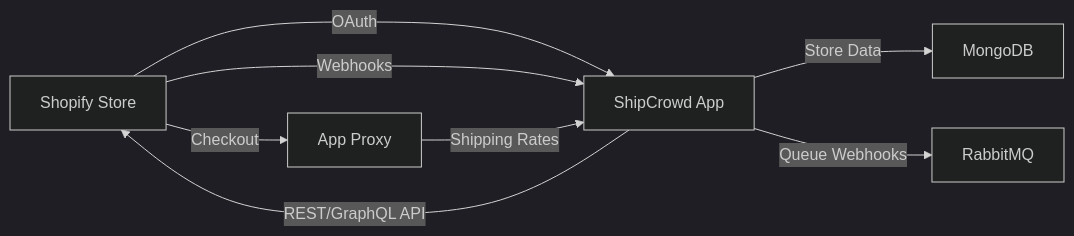
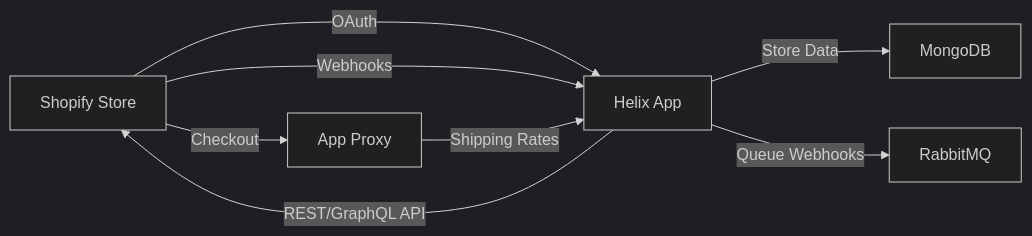
One commit to dhirajgiri3/Shipcrowd changed the first of 3 diagrams in docs/Development/Domains/Integrations/Ecommerce/Shopify_APIs.md. Above: the diagram before and after it, drawn with Mermaid (dark theme). The commit also changed other lines of this file and 279 other files, not shown here.

````diff
--- a/docs/Development/Domains/Integrations/Ecommerce/Shopify_APIs.md
+++ b/docs/Development/Domains/Integrations/Ecommerce/Shopify_APIs.md
@@ -43,10 +43,10 @@
 ```mermaid
 graph LR
-    A[Shopify Store] -->|OAuth| B[ShipCrowd App]
+    A[Shopify Store] -->|OAuth| B[Helix App]
     A -->|Webhooks| B
     B -->|REST/GraphQL API| A
     B -->|Store Data| C[MongoDB]
     B -->|Queue Webhooks| D[RabbitMQ]
     A -->|Checkout| E[App Proxy]
     E -->|Shipping Rates| B
 ```
````
